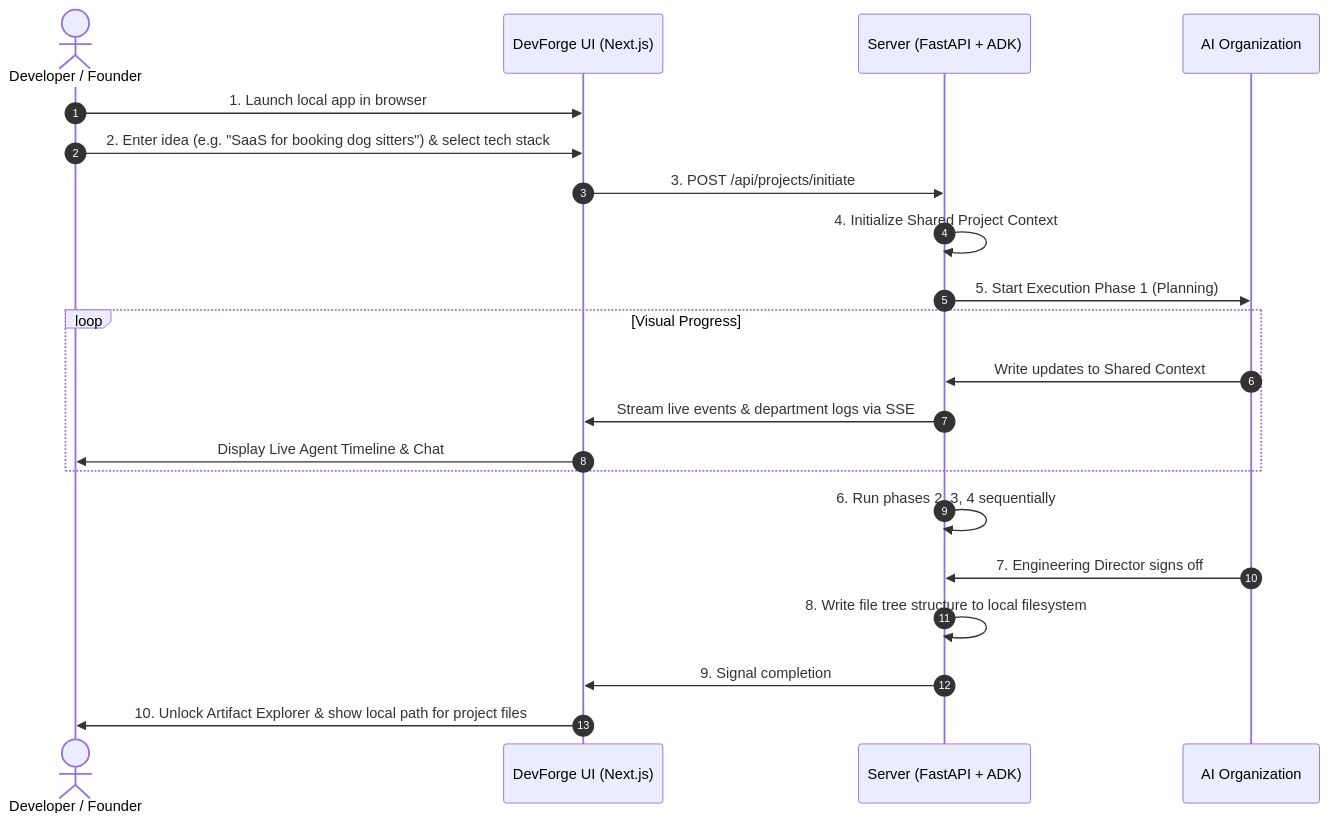
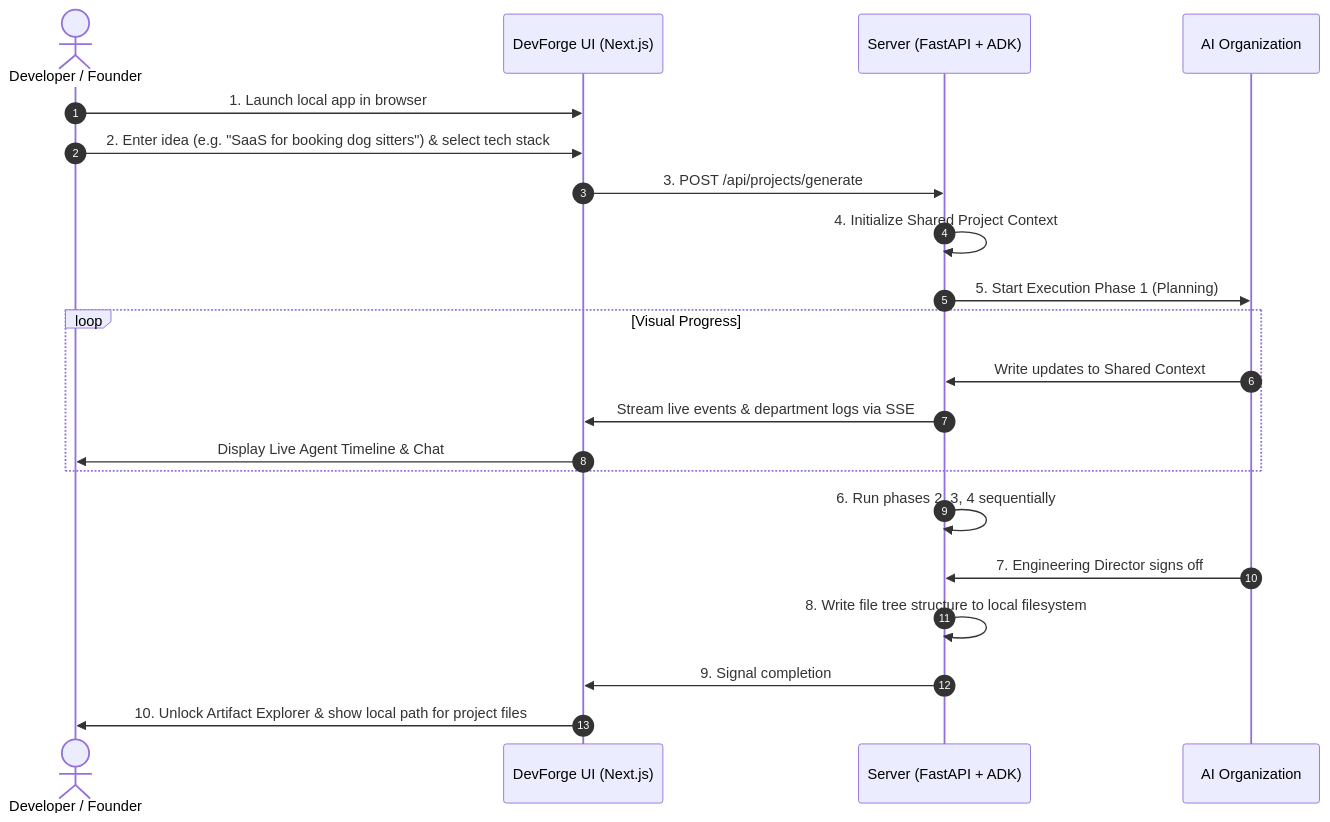
The second of 2 diagrams in docs/PRD.md (SujalUshir/DevForge-AI), drawn with Mermaid before and after one commit.

Commit message:
docs: fix stale API endpoint /initiate -> /generate in PRD user journey diagram

````diff
--- a/docs/PRD.md
+++ b/docs/PRD.md
@@ -177,24 +177,24 @@
 ```mermaid
 sequenceDiagram
     autonumber
     actor User as Developer / Founder
     participant UI as DevForge UI (Next.js)
     participant Server as Server (FastAPI + ADK)
     participant Agents as AI Organization
     
     User->>UI: 1. Launch local app in browser
     User->>UI: 2. Enter idea (e.g. "SaaS for booking dog sitters") & select tech stack
-    UI->>Server: 3. POST /api/projects/initiate
+    UI->>Server: 3. POST /api/projects/generate
     Server->>Server: 4. Initialize Shared Project Context
     Server->>Agents: 5. Start Execution Phase 1 (Planning)
     loop Visual Progress
         Agents->>Server: Write updates to Shared Context
         Server->>UI: Stream live events & department logs via SSE
         UI->>User: Display Live Agent Timeline & Chat
     end
     Server->>Server: 6. Run phases 2, 3, 4 sequentially
     Agents->>Server: 7. Engineering Director signs off
     Server->>Server: 8. Write file tree structure to local filesystem
     Server->>UI: 9. Signal completion
     UI->>User: 10. Unlock Artifact Explorer & show local path for project files
 ```
````
